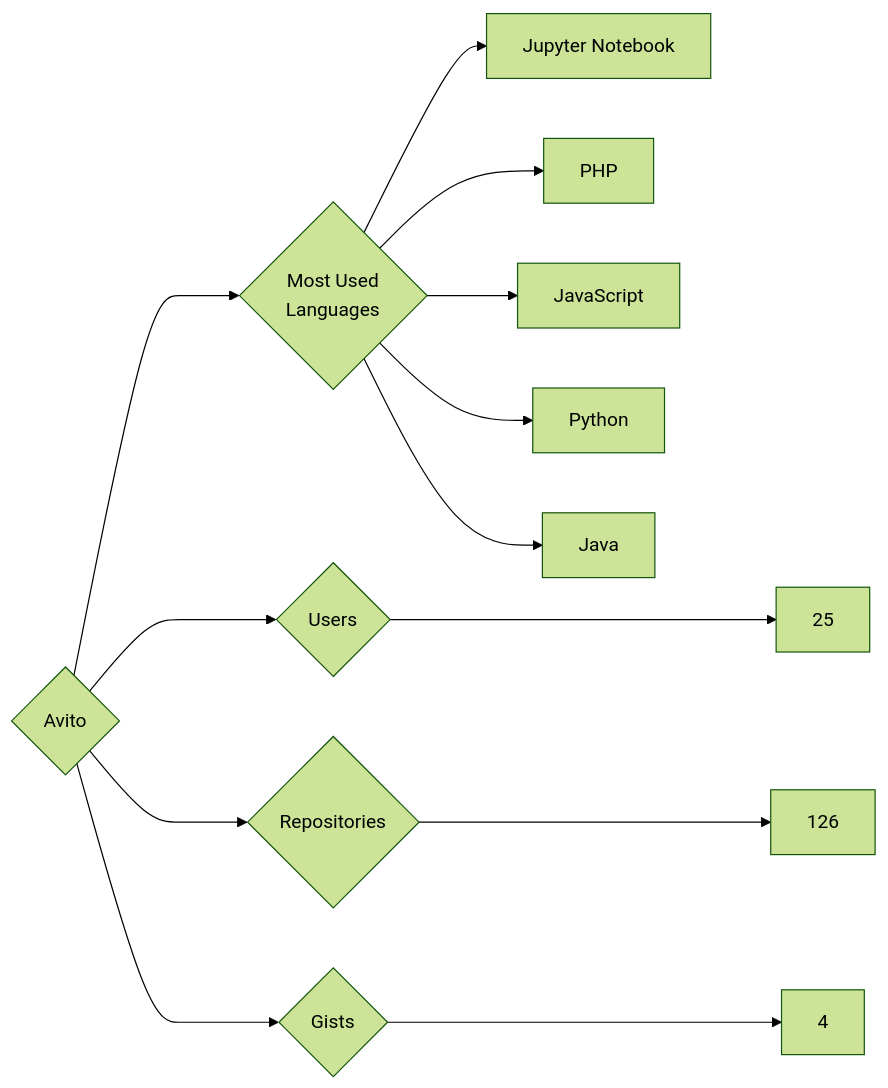
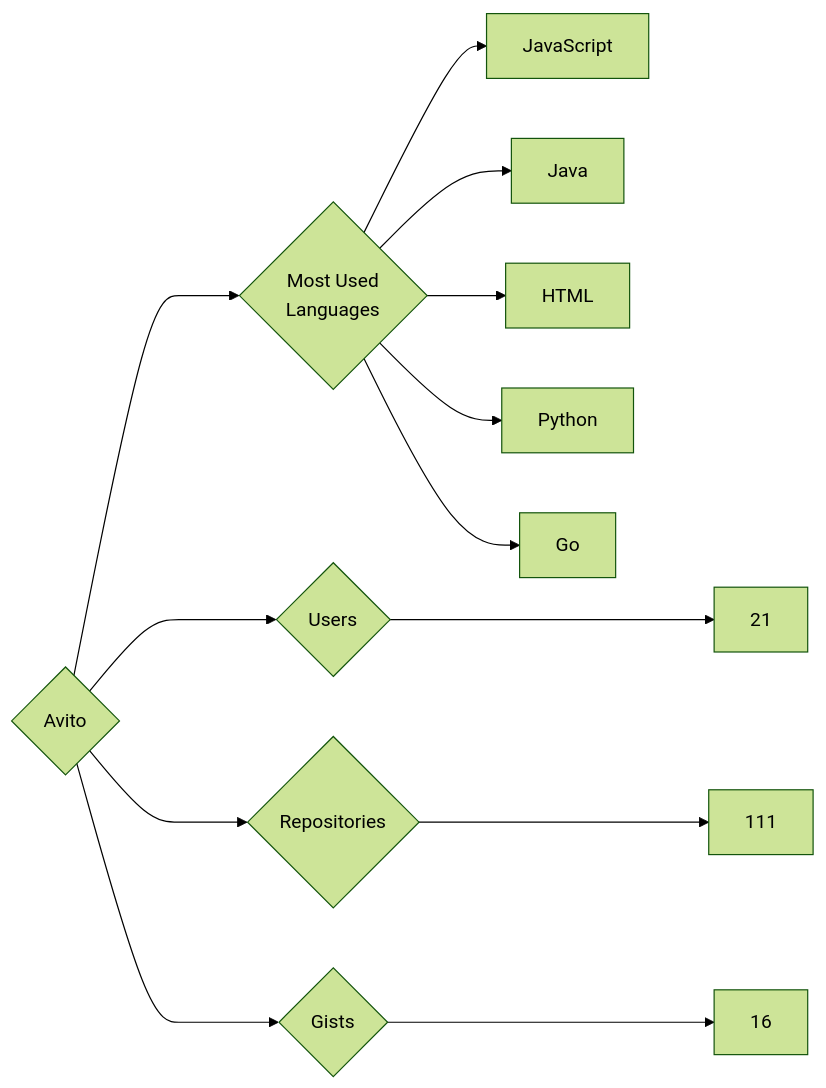
The diagram in targets/Avito/README.md (trickest/insiders), drawn with Mermaid (forest theme) before and after one commit. The commit also changed 837 other files, not shown here.

````diff
--- a/targets/Avito/README.md
+++ b/targets/Avito/README.md
@@ -3,13 +3,13 @@
 ```mermaid
 graph LR
 COMPANY_NAME{Avito}
-COMPANY_NAME ---> U{Users} ---> UN[25]
-COMPANY_NAME ---> R{Repositories} ---> RN[126]
-COMPANY_NAME ---> G{Gists} ---> GN[4]
+COMPANY_NAME ---> U{Users} ---> UN[21]
+COMPANY_NAME ---> R{Repositories} ---> RN[111]
+COMPANY_NAME ---> G{Gists} ---> GN[16]
 COMPANY_NAME ---> ML{Most Used<br>Languages}
-ML --> Jupyter_Notebook[Jupyter Notebook]
-ML --> PHP[PHP]
 ML --> JavaScript[JavaScript]
+ML --> Java[Java]
+ML --> HTML[HTML]
 ML --> Python[Python]
-ML --> Java[Java]
+ML --> Go[Go]
 ```
````
